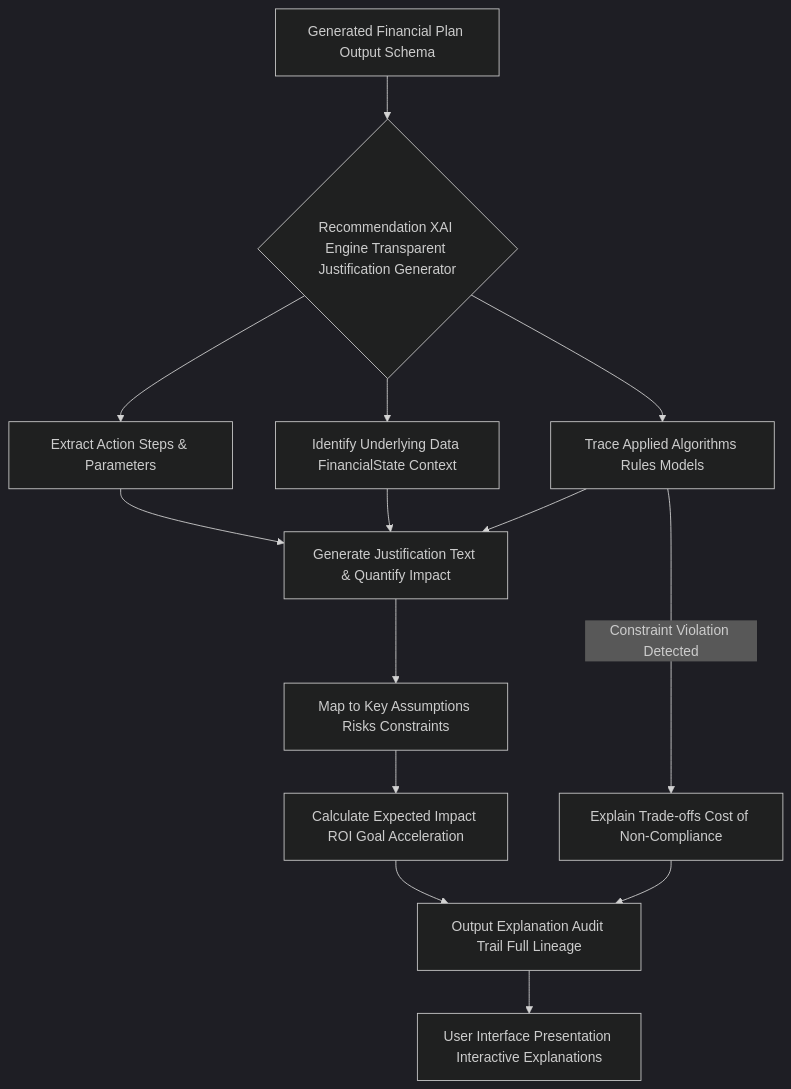
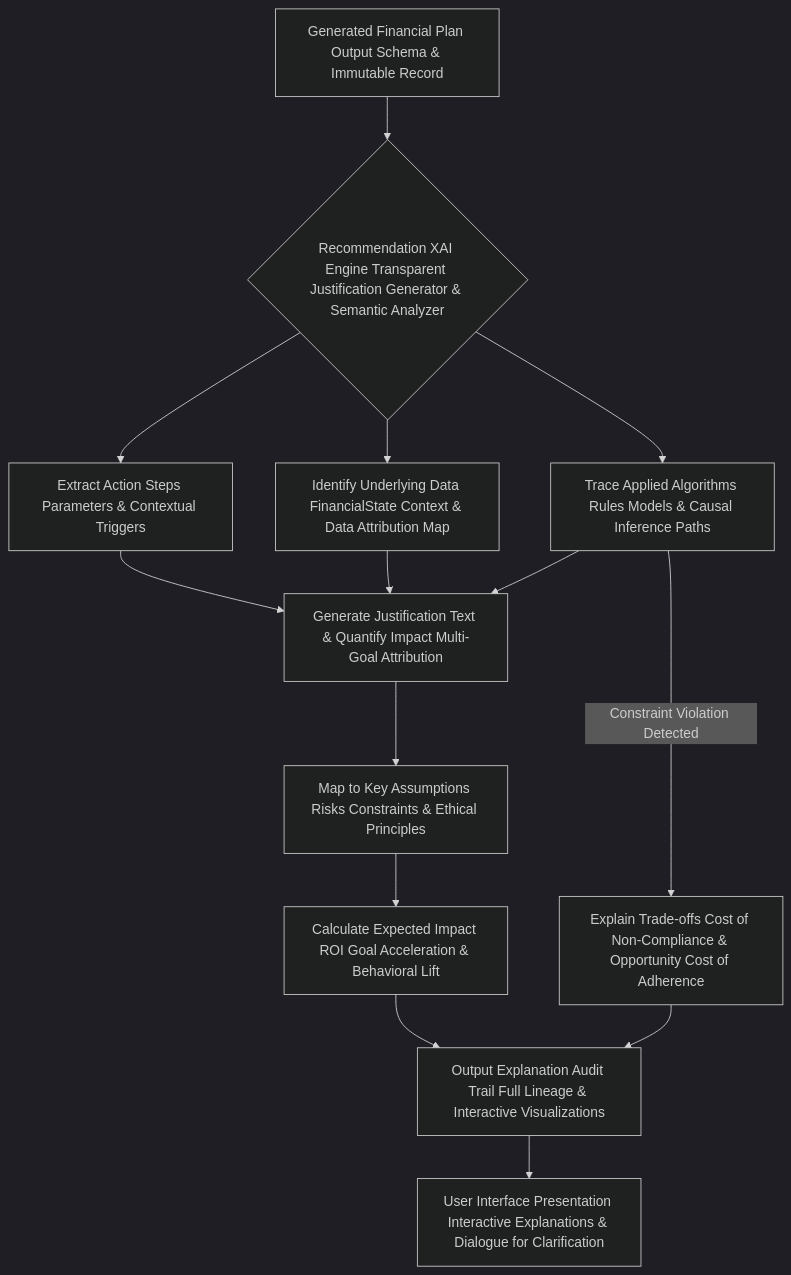
One commit to diplomat-bit/Citibank_Demo_Business_Inc_Demonstration- changed the tenth of 12 diagrams in inventions/004_ai_financial_plan_for_goals/generative_ai_prompt_template.md. Above: the diagram before and after it, drawn with Mermaid (dark theme). The commit also changed other lines of this file, not shown here.

Commit message:
[AI] Edit: inventions/004_ai_financial_plan_for_goals/generative_ai_prompt_template.md

````diff
--- a/inventions/004_ai_financial_plan_for_goals/generative_ai_prompt_template.md
+++ b/inventions/004_ai_financial_plan_for_goals/generative_ai_prompt_template.md
@@ -1051,14 +1077,14 @@
 ```mermaid
 graph TD
-    A[Generated Financial Plan Output Schema] --> B{Recommendation XAI Engine Transparent Justification Generator}
-    B --> C[Extract Action Steps & Parameters]
-    B --> D[Identify Underlying Data FinancialState Context]
-    B --> E[Trace Applied Algorithms Rules Models]
-    C & D & E --> F[Generate Justification Text & Quantify Impact]
-    F --> G[Map to Key Assumptions Risks Constraints]
-    G --> H[Calculate Expected Impact ROI Goal Acceleration]
-    H --> I[Output Explanation Audit Trail Full Lineage]
-    I --> J[User Interface Presentation Interactive Explanations]
-    E -- Constraint Violation Detected --> K[Explain Trade-offs Cost of Non-Compliance]
+    A[Generated Financial Plan Output Schema & Immutable Record] --> B{Recommendation XAI Engine Transparent Justification Generator & Semantic Analyzer}
+    B --> C[Extract Action Steps Parameters & Contextual Triggers]
+    B --> D[Identify Underlying Data FinancialState Context & Data Attribution Map]
+    B --> E[Trace Applied Algorithms Rules Models & Causal Inference Paths]
+    C & D & E --> F[Generate Justification Text & Quantify Impact Multi-Goal Attribution]
+    F --> G[Map to Key Assumptions Risks Constraints & Ethical Principles]
+    G --> H[Calculate Expected Impact ROI Goal Acceleration & Behavioral Lift]
+    H --> I[Output Explanation Audit Trail Full Lineage & Interactive Visualizations]
+    I --> J[User Interface Presentation Interactive Explanations & Dialogue for Clarification]
+    E -- Constraint Violation Detected --> K[Explain Trade-offs Cost of Non-Compliance & Opportunity Cost of Adherence]
     K --> I
 ```
````
